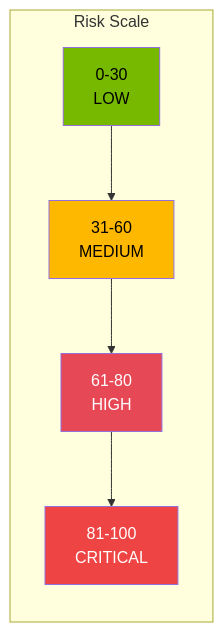
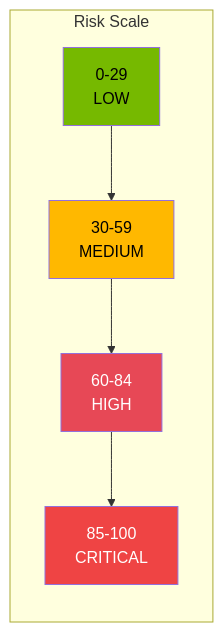
Before and after one commit to mikesvoboda/nemotron-v3-home-security-intelligence: the first of 2 diagrams in docs/user-guide/understanding-alerts.md, drawn with Mermaid. The commit also changed other lines of this file and 21 other files, not shown here.

````diff
--- a/docs/user-guide/understanding-alerts.md
+++ b/docs/user-guide/understanding-alerts.md
@@ -37,13 +39,13 @@
 ```mermaid
 graph LR
     subgraph Risk Scale
-        A[0-30<br/>LOW] --> B[31-60<br/>MEDIUM]
-        B --> C[61-80<br/>HIGH]
-        C --> D[81-100<br/>CRITICAL]
+        A[0-29<br/>LOW] --> B[30-59<br/>MEDIUM]
+        B --> C[60-84<br/>HIGH]
+        C --> D[85-100<br/>CRITICAL]
     end
 
     style A fill:#76B900,color:#000
     style B fill:#FFB800,color:#000
     style C fill:#E74856,color:#fff
     style D fill:#ef4444,color:#fff
 ```
````
